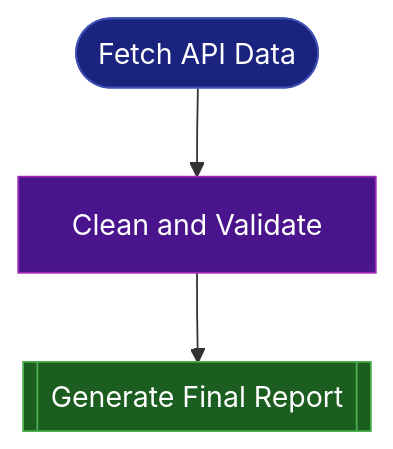
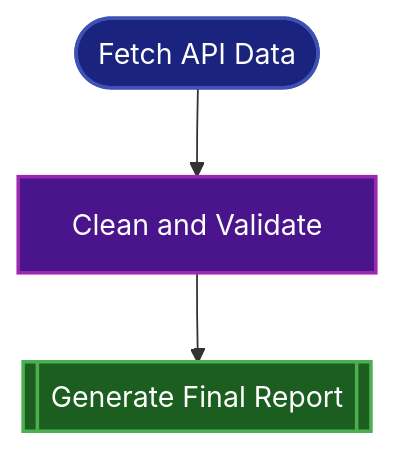
Before and after one commit to pjt222/putior: the fourth of 7 diagrams in README.md, drawn with Mermaid. The commit also changed other lines of this file and 1 other file, not shown here.

`````diff
--- a/README.md
+++ b/README.md
@@ -327,16 +335,16 @@
-````mermaid
+```mermaid
 flowchart TD
     fetch_data([Fetch API Data])
     clean_data[Clean and Validate]
     generate_report[[Generate Final Report]]
     
     fetch_data --> clean_data
     clean_data --> generate_report
     
-    classDef inputStyle fill:#1a237e,stroke:#3f51b5,color:#fff
-    classDef processStyle fill:#4a148c,stroke:#9c27b0,color:#fff
-    classDef outputStyle fill:#1b5e20,stroke:#4caf50,color:#fff
+    classDef inputStyle fill:#1a237e,stroke:#3f51b5,stroke-width:2px,color:#ffffff
+    classDef processStyle fill:#4a148c,stroke:#9c27b0,stroke-width:2px,color:#ffffff
+    classDef outputStyle fill:#1b5e20,stroke:#4caf50,stroke-width:2px,color:#ffffff
     class fetch_data inputStyle
     class clean_data processStyle
     class generate_report outputStyle
-````
+```
`````
